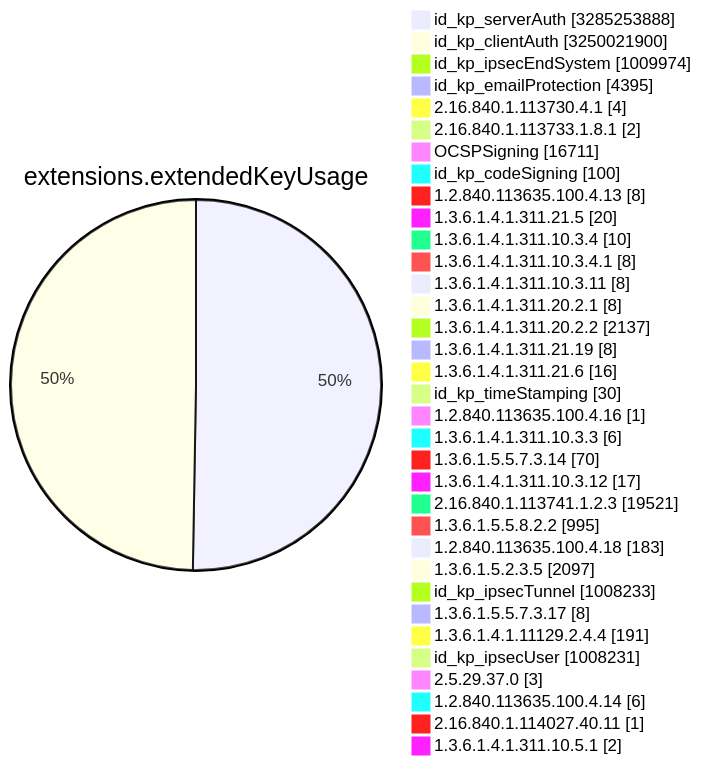
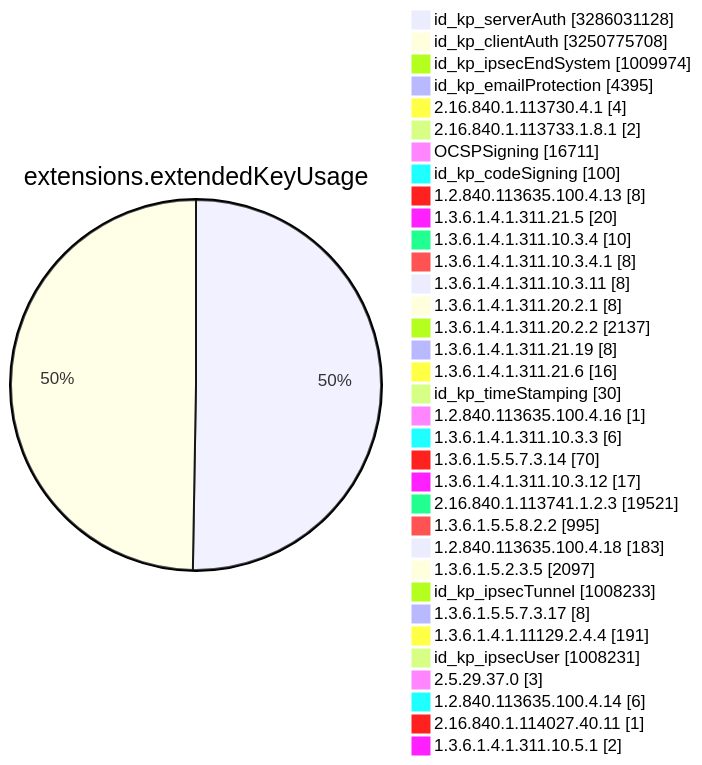
One commit to christiankrug/ctmonitor_visualization changed diagram 11 of 15 in TOTAL/README.md. Above: the diagram before and after it, drawn with Mermaid. The commit also changed other lines of this file, not shown here.

````diff
--- a/TOTAL/README.md
+++ b/TOTAL/README.md
@@ -4119,38 +4119,38 @@
 ```mermaid
 pie showData
 title extensions.extendedKeyUsage
-"id_kp_serverAuth" :3285253888
-"id_kp_clientAuth" :3250021900
+"id_kp_serverAuth" :3286031128
+"id_kp_clientAuth" :3250775708
 "id_kp_ipsecEndSystem" :1009974
 "id_kp_emailProtection" :4395
 "2.16.840.1.113730.4.1" :4
 "2.16.840.1.113733.1.8.1" :2
 "OCSPSigning" :16711
 "id_kp_codeSigning" :100
 "1.2.840.113635.100.4.13" :8
 "1.3.6.1.4.1.311.21.5" :20
 "1.3.6.1.4.1.311.10.3.4" :10
 "1.3.6.1.4.1.311.10.3.4.1" :8
 "1.3.6.1.4.1.311.10.3.11" :8
 "1.3.6.1.4.1.311.20.2.1" :8
 "1.3.6.1.4.1.311.20.2.2" :2137
 "1.3.6.1.4.1.311.21.19" :8
 "1.3.6.1.4.1.311.21.6" :16
 "id_kp_timeStamping" :30
 "1.2.840.113635.100.4.16" :1
 "1.3.6.1.4.1.311.10.3.3" :6
 "1.3.6.1.5.5.7.3.14" :70
 "1.3.6.1.4.1.311.10.3.12" :17
 "2.16.840.1.113741.1.2.3" :19521
 "1.3.6.1.5.5.8.2.2" :995
 "1.2.840.113635.100.4.18" :183
 "1.3.6.1.5.2.3.5" :2097
 "id_kp_ipsecTunnel" :1008233
 "1.3.6.1.5.5.7.3.17" :8
 "1.3.6.1.4.1.11129.2.4.4" :191
 "id_kp_ipsecUser" :1008231
 "2.5.29.37.0" :3
 "1.2.840.113635.100.4.14" :6
 "2.16.840.1.114027.40.11" :1
 "1.3.6.1.4.1.311.10.5.1" :2
 ```
````
